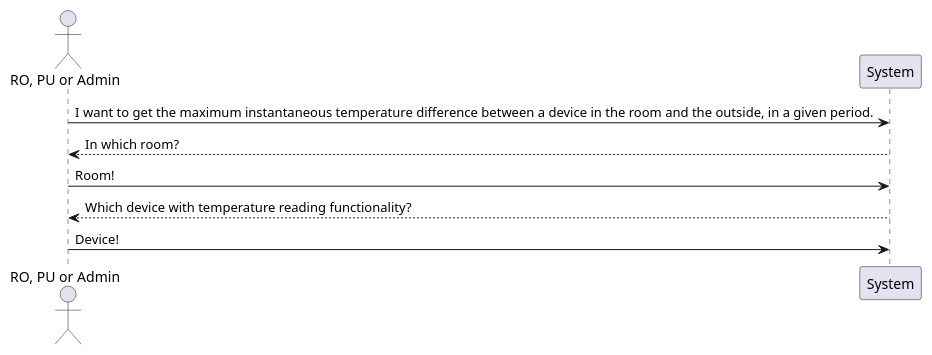
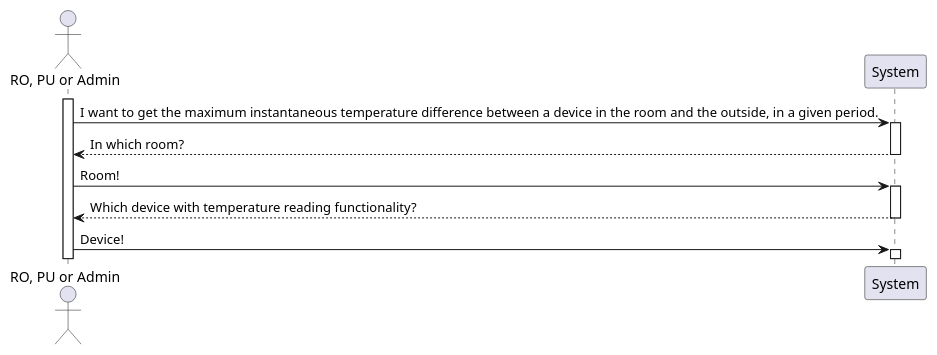
The diagram in docs/useCases/uc12_toGetDevicesByRoomAndTemperatureFunctionality/artifacts/uc12_SSD.puml (olivDiogo/SmartHome), drawn with PlantUML before and after one commit. The commit also changed 23 other files, not shown here.

```diff
--- a/docs/useCases/uc12_toGetDevicesByRoomAndTemperatureFunctionality/artifacts/uc12_SSD.puml
+++ b/docs/useCases/uc12_toGetDevicesByRoomAndTemperatureFunctionality/artifacts/uc12_SSD.puml
@@ -1,15 +1,17 @@
 @startuml
 !pragma layout smetana
 actor "RO, PU or Admin" as User
 participant System
 
+activate User
 User -> System: I want to get the maximum instantaneous temperature difference between a device in the room and the outside, in a given period.
-
+activate System
 System --> User: In which room?
-
+deactivate System
 User -> System: Room!
-
+activate System
 System --> User: Which device with temperature reading functionality?
-
+deactivate System
 User -> System: Device!
+activate System
 @enduml
```
